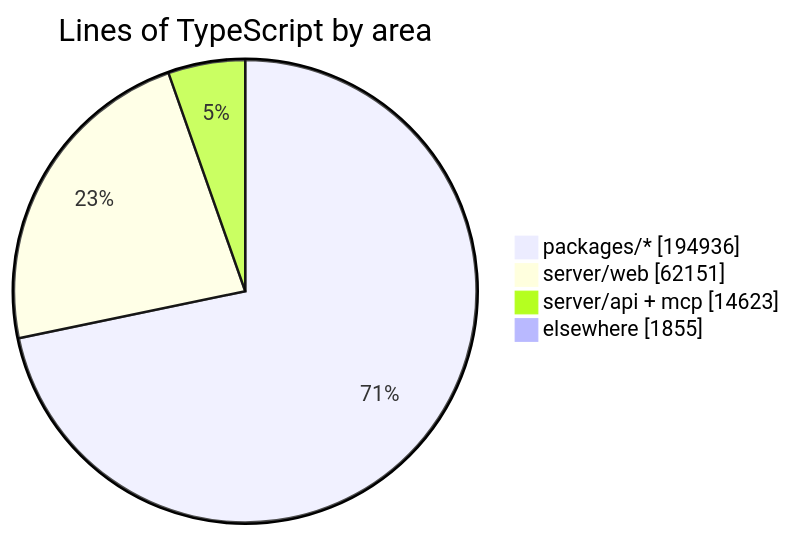
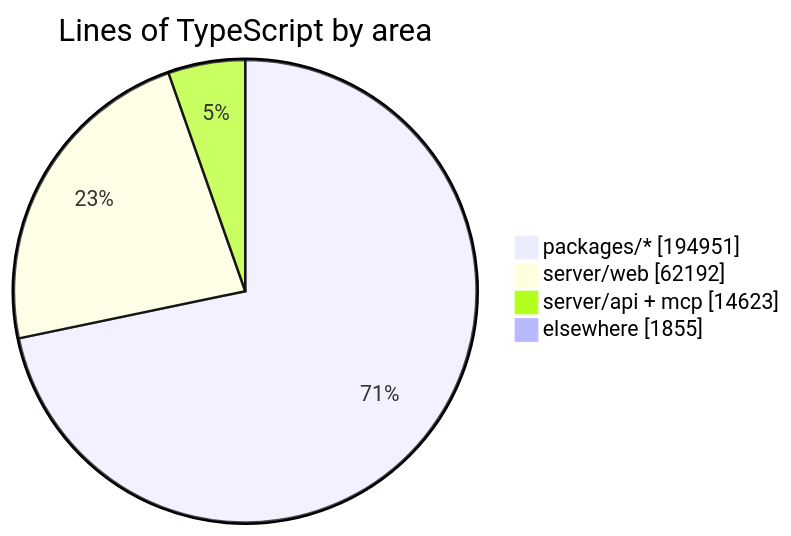
The diagram in README.md (crossworks-engineering/mantle), drawn with Mermaid before and after one commit. The commit also changed other lines of this file and 2 other files, not shown here.

````diff
--- a/README.md
+++ b/README.md
@@ -279,7 +279,7 @@
 ```mermaid
 pie showData title Lines of TypeScript by area
-    "packages/*" : 194936
-    "server/web" : 62151
+    "packages/*" : 194951
+    "server/web" : 62192
     "server/api + mcp" : 14623
     "elsewhere" : 1855
 ```
````
